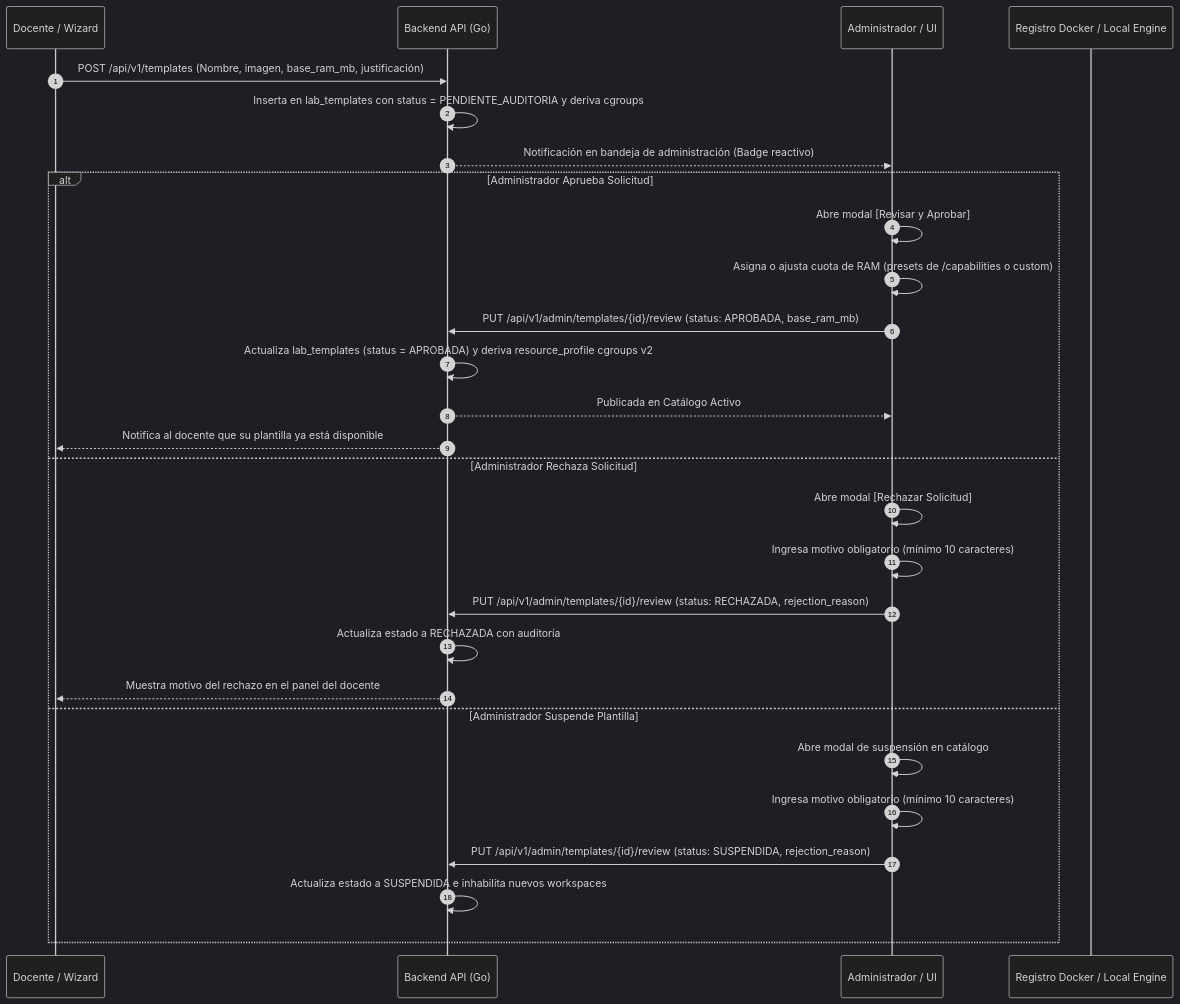
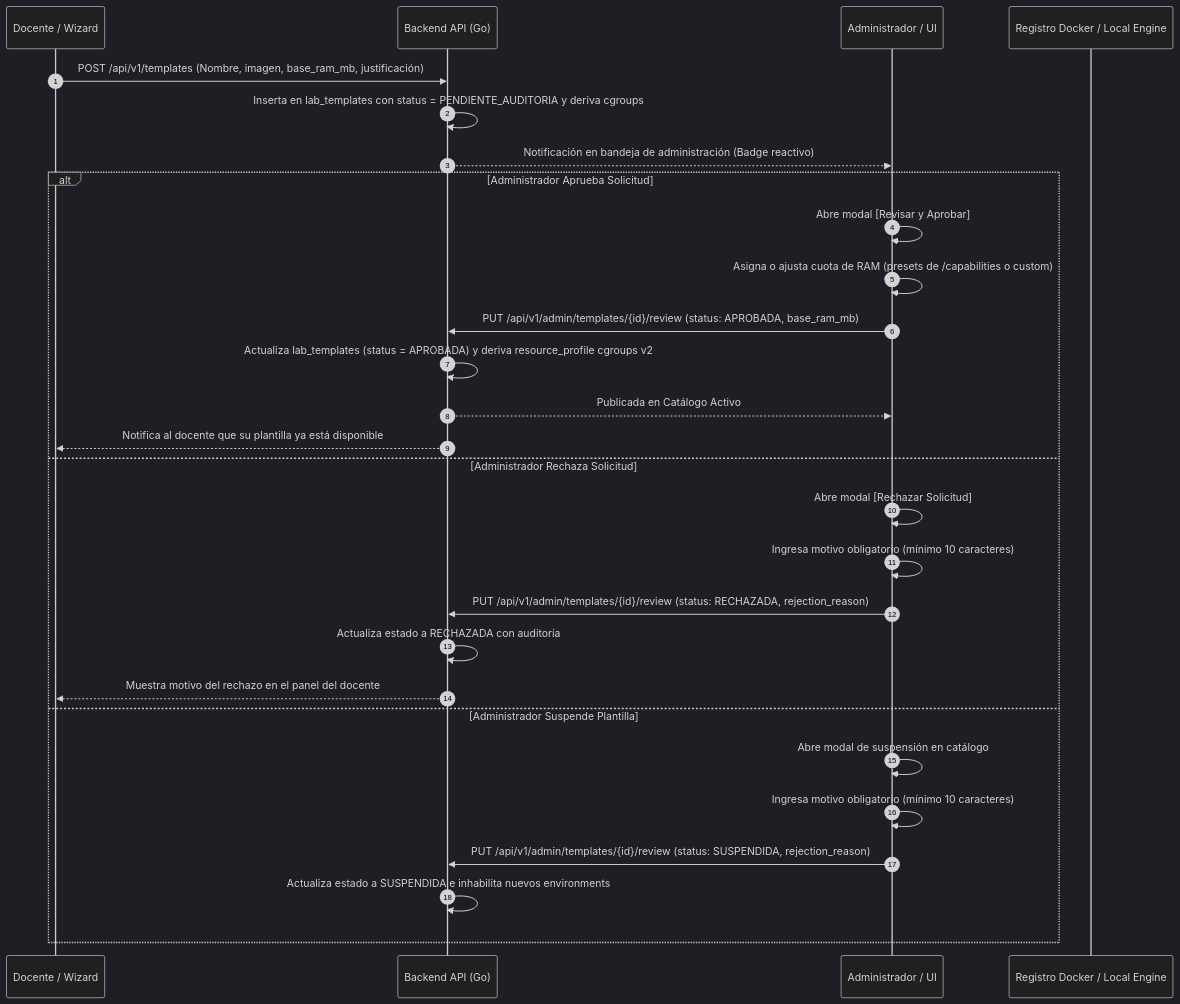
Before and after one commit to AlvaroRiveraCarhuani/SOLV_PG: the diagram in docs/UI/ADMIN/PLANTILLAS_DOCKER.md, drawn with Mermaid (dark theme). The commit also changed other lines of this file and 34 other files, not shown here.

````diff
--- a/docs/UI/ADMIN/PLANTILLAS_DOCKER.md
+++ b/docs/UI/ADMIN/PLANTILLAS_DOCKER.md
@@ -11,32 +11,32 @@
 ```mermaid
 sequenceDiagram
     autonumber
     participant D as Docente / Wizard
     participant B as Backend API (Go)
     participant A as Administrador / UI
     participant R as Registro Docker / Local Engine
 
     D->>B: POST /api/v1/templates (Nombre, imagen, base_ram_mb, justificación)
     B->>B: Inserta en lab_templates con status = PENDIENTE_AUDITORIA y deriva cgroups
     B-->>A: Notificación en bandeja de administración (Badge reactivo)
 
     alt Administrador Aprueba Solicitud
         A->>A: Abre modal [Revisar y Aprobar]
         A->>A: Asigna o ajusta cuota de RAM (presets de /capabilities o custom)
         A->>B: PUT /api/v1/admin/templates/{id}/review (status: APROBADA, base_ram_mb)
         B->>B: Actualiza lab_templates (status = APROBADA) y deriva resource_profile cgroups v2
         B-->>A: Publicada en Catálogo Activo
         B-->>D: Notifica al docente que su plantilla ya está disponible
     else Administrador Rechaza Solicitud
         A->>A: Abre modal [Rechazar Solicitud]
         A->>A: Ingresa motivo obligatorio (mínimo 10 caracteres)
         A->>B: PUT /api/v1/admin/templates/{id}/review (status: RECHAZADA, rejection_reason)
         B->>B: Actualiza estado a RECHAZADA con auditoría
         B-->>D: Muestra motivo del rechazo en el panel del docente
     else Administrador Suspende Plantilla
         A->>A: Abre modal de suspensión en catálogo
         A->>A: Ingresa motivo obligatorio (mínimo 10 caracteres)
         A->>B: PUT /api/v1/admin/templates/{id}/review (status: SUSPENDIDA, rejection_reason)
-        B->>B: Actualiza estado a SUSPENDIDA e inhabilita nuevos workspaces
+        B->>B: Actualiza estado a SUSPENDIDA e inhabilita nuevos environments
     end
 ```
````
